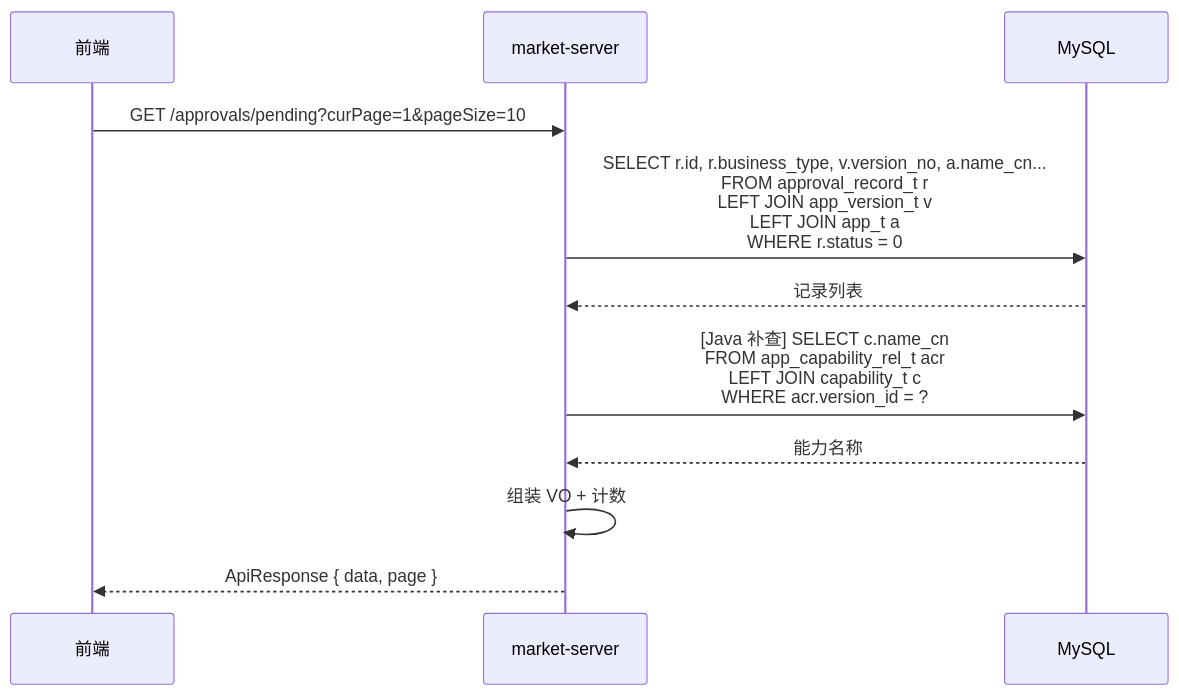
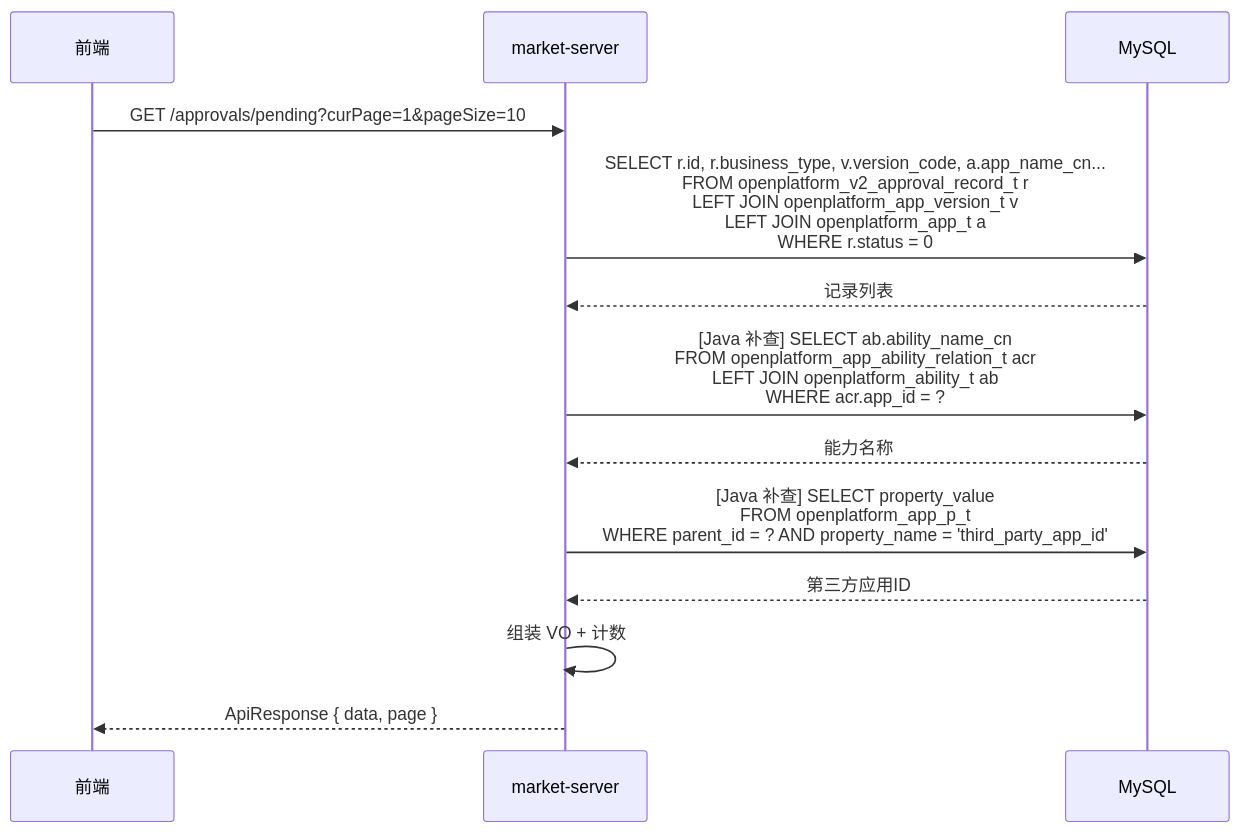
One commit to THZSummer/open-app changed the fourth of 7 diagrams in docs/market-server/approval-management-requirement.md. Above: the diagram before and after it, drawn with Mermaid. The commit also changed other lines of this file and 2 other files, not shown here.

````diff
--- a/docs/market-server/approval-management-requirement.md
+++ b/docs/market-server/approval-management-requirement.md
@@ -360,14 +360,16 @@
 ```mermaid
 sequenceDiagram
     participant FE as 前端
     participant MS as market-server
     participant DB as MySQL
 
     FE->>MS: GET /approvals/pending?curPage=1&pageSize=10
-    MS->>DB: SELECT r.id, r.business_type, v.version_no, a.name_cn...<br/>FROM approval_record_t r<br/>LEFT JOIN app_version_t v<br/>LEFT JOIN app_t a<br/>WHERE r.status = 0
+    MS->>DB: SELECT r.id, r.business_type, v.version_code, a.app_name_cn...<br/>FROM openplatform_v2_approval_record_t r<br/>LEFT JOIN openplatform_app_version_t v<br/>LEFT JOIN openplatform_app_t a<br/>WHERE r.status = 0
     DB-->>MS: 记录列表
-    MS->>DB: [Java 补查] SELECT c.name_cn<br/>FROM app_capability_rel_t acr<br/>LEFT JOIN capability_t c<br/>WHERE acr.version_id = ?
+    MS->>DB: [Java 补查] SELECT ab.ability_name_cn<br/>FROM openplatform_app_ability_relation_t acr<br/>LEFT JOIN openplatform_ability_t ab<br/>WHERE acr.app_id = ?
     DB-->>MS: 能力名称
+    MS->>DB: [Java 补查] SELECT property_value<br/>FROM openplatform_app_p_t<br/>WHERE parent_id = ? AND property_name = 'third_party_app_id'
+    DB-->>MS: 第三方应用ID
     MS->>MS: 组装 VO + 计数
     MS-->>FE: ApiResponse { data, page }
 ```
````
